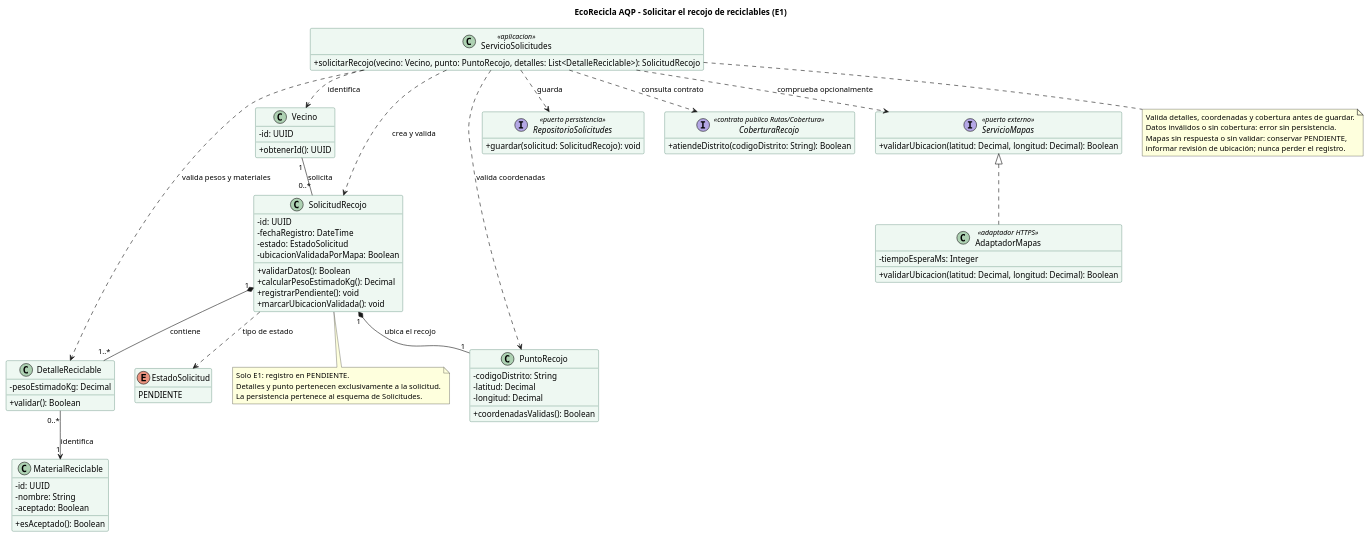
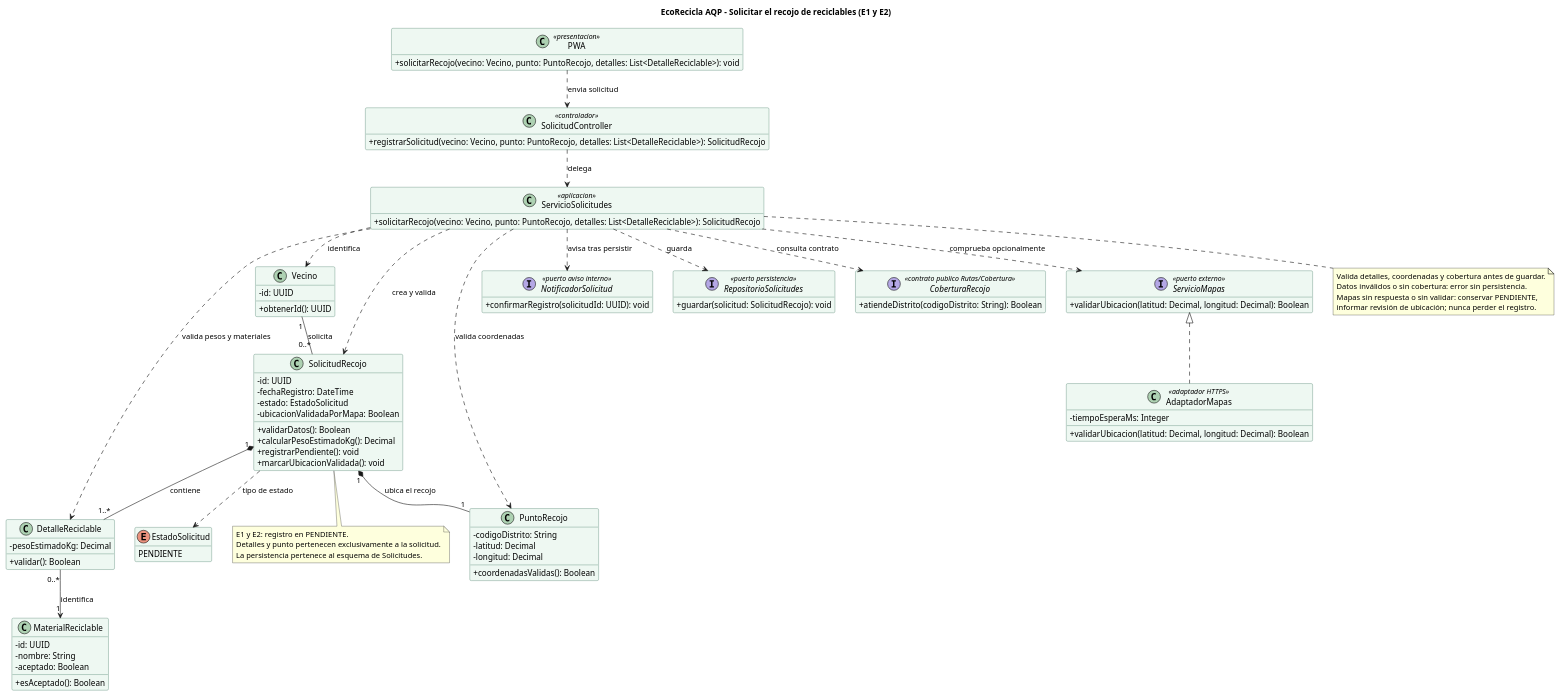
Before and after one commit to SharonCondoriUNSA/cs-2026b-lab04-grupo10: the diagram in docs/design/clases.puml, drawn with PlantUML. The commit also changed 5 other files, not shown here.

Commit message:
feat: E2 Lab05 - secuencia de solicitud de recojo de reciclables

```diff
--- a/docs/design/clases.puml
+++ b/docs/design/clases.puml
@@ -1,90 +1,102 @@
 @startuml clases-solicitudes
-title EcoRecicla AQP - Solicitar el recojo de reciclables (E1)
+title EcoRecicla AQP - Solicitar el recojo de reciclables (E1 y E2)
 skinparam classAttributeIconSize 0
 skinparam shadowing false
 skinparam defaultFontName Arial
 skinparam classBackgroundColor #EEF8F2
 skinparam classBorderColor #24634B
 skinparam nodesep 35
 skinparam ranksep 45
 hide empty members
 
 ' Supuestos: vecino identificado; peso > 0; catálogo local a Solicitudes.
 ' Cobertura se consulta solo por su contrato público, sin entidades compartidas.
 ' Mapas es opcional y no bloquea el registro. No se guardan datos de perfil.
 class Vecino {
   - id: UUID
   + obtenerId(): UUID
 }
 class SolicitudRecojo {
   - id: UUID
   - fechaRegistro: DateTime
   - estado: EstadoSolicitud
   - ubicacionValidadaPorMapa: Boolean
   + validarDatos(): Boolean
   + calcularPesoEstimadoKg(): Decimal
   + registrarPendiente(): void
   + marcarUbicacionValidada(): void
 }
 class DetalleReciclable {
   - pesoEstimadoKg: Decimal
   + validar(): Boolean
 }
 class MaterialReciclable {
   - id: UUID
   - nombre: String
   - aceptado: Boolean
   + esAceptado(): Boolean
 }
 class PuntoRecojo {
   - codigoDistrito: String
   - latitud: Decimal
   - longitud: Decimal
   + coordenadasValidas(): Boolean
 }
 enum EstadoSolicitud {
   PENDIENTE
 }
 class ServicioSolicitudes <<aplicacion>> {
   + solicitarRecojo(vecino: Vecino, punto: PuntoRecojo, detalles: List<DetalleReciclable>): SolicitudRecojo
 }
+class PWA <<presentacion>> {
+  + solicitarRecojo(vecino: Vecino, punto: PuntoRecojo, detalles: List<DetalleReciclable>): void
+}
+class SolicitudController <<controlador>> {
+  + registrarSolicitud(vecino: Vecino, punto: PuntoRecojo, detalles: List<DetalleReciclable>): SolicitudRecojo
+}
+interface NotificadorSolicitud <<puerto aviso interno>> {
+  + confirmarRegistro(solicitudId: UUID): void
+}
 interface RepositorioSolicitudes <<puerto persistencia>> {
   + guardar(solicitud: SolicitudRecojo): void
 }
 interface CoberturaRecojo <<contrato publico Rutas/Cobertura>> {
   + atiendeDistrito(codigoDistrito: String): Boolean
 }
 interface ServicioMapas <<puerto externo>> {
   + validarUbicacion(latitud: Decimal, longitud: Decimal): Boolean
 }
 class AdaptadorMapas <<adaptador HTTPS>> {
   - tiempoEsperaMs: Integer
   + validarUbicacion(latitud: Decimal, longitud: Decimal): Boolean
 }
 
 Vecino "1" -- "0..*" SolicitudRecojo : solicita
 SolicitudRecojo "1" *-- "1..*" DetalleReciclable : contiene
 SolicitudRecojo "1" *-- "1" PuntoRecojo : ubica el recojo
 DetalleReciclable "0..*" --> "1" MaterialReciclable : identifica
 SolicitudRecojo ..> EstadoSolicitud : tipo de estado
 ServicioSolicitudes ..> Vecino : identifica
 ServicioSolicitudes ..> PuntoRecojo : valida coordenadas
 ServicioSolicitudes ..> DetalleReciclable : valida pesos y materiales
 ServicioSolicitudes ..> SolicitudRecojo : crea y valida
 ServicioSolicitudes ..> RepositorioSolicitudes : guarda
 ServicioSolicitudes ..> CoberturaRecojo : consulta contrato
 ServicioSolicitudes ..> ServicioMapas : comprueba opcionalmente
+PWA ..> SolicitudController : envia solicitud
+SolicitudController ..> ServicioSolicitudes : delega
+ServicioSolicitudes ..> NotificadorSolicitud : avisa tras persistir
 ServicioMapas <|.. AdaptadorMapas
 
 note bottom of ServicioSolicitudes
   Valida detalles, coordenadas y cobertura antes de guardar.
   Datos inválidos o sin cobertura: error sin persistencia.
   Mapas sin respuesta o sin validar: conservar PENDIENTE,
   informar revisión de ubicación; nunca perder el registro.
 end note
 note bottom of SolicitudRecojo
-  Solo E1: registro en PENDIENTE.
+  E1 y E2: registro en PENDIENTE.
   Detalles y punto pertenecen exclusivamente a la solicitud.
   La persistencia pertenece al esquema de Solicitudes.
 end note
 @enduml
```
